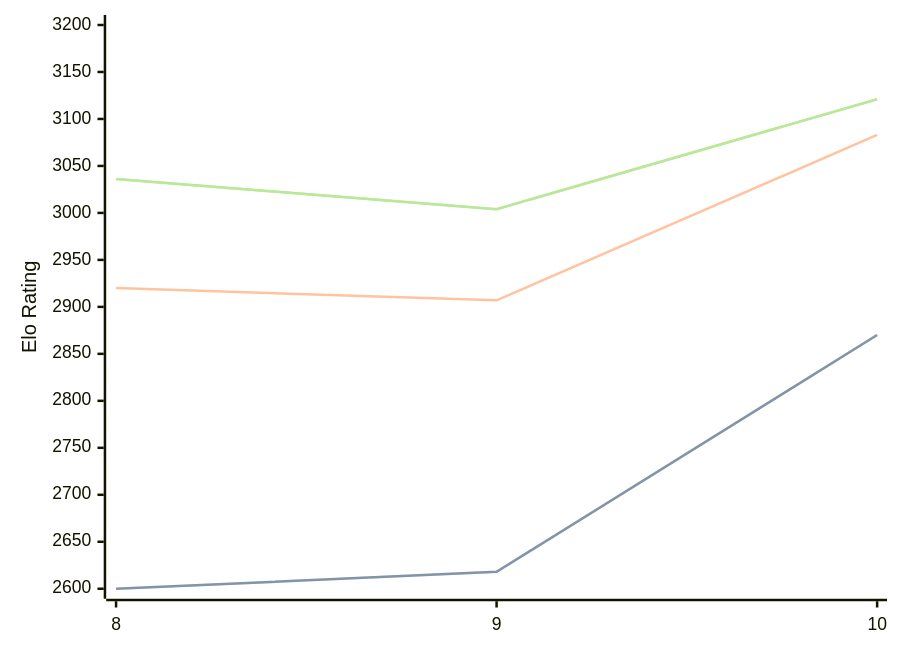
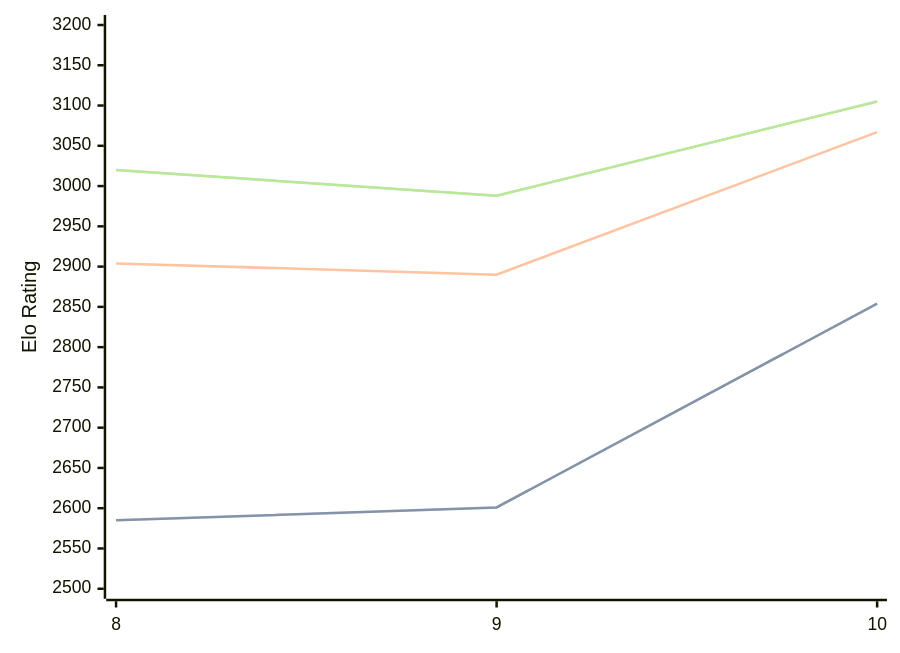
The diagram in engines/Lozza.md (computer-chess-index/cci), drawn with Mermaid before and after one commit. The commit also changed other lines of this file, not shown here.

Commit message:
Update CCI Ratings (ELO VLTC) - 2026-05-20

````diff
--- a/engines/Lozza.md
+++ b/engines/Lozza.md
@@ -41,11 +41,11 @@
 ```mermaid
 %%{init: {"theme":"base","themeVariables":{"seriesColors:['#a3a3a3','#222221','#faa371']}}}%%
 xychart-beta
   x-axis ["8", "9", "10"]
-  y-axis "Elo Rating" 2600 --> 3200
-  line "STC (8.0+0.08s)" [2600, 2618, 2870]
-  line "STC (8.0+0.08s)" [2600, 2618, 2870]
-  line "LTC (60.0+0.60s)" [2920, 2907, 3083]
-  line "VLTC (2m24s+1.12s)" [3036, 3004, 3121]
-  line "VLTC (2m24s+1.12s)" [3036, 3004, 3121]
+  y-axis "Elo Rating" 2500 --> 3200
+  line "STC (8.0+0.08s)" [2585, 2601, 2854]
+  line "STC (8.0+0.08s)" [2585, 2601, 2854]
+  line "LTC (60.0+0.60s)" [2904, 2890, 3067]
+  line "VLTC (2m24s+1.12s)" [3020, 2988, 3105]
+  line "VLTC (2m24s+1.12s)" [3020, 2988, 3105]
 ```
````
